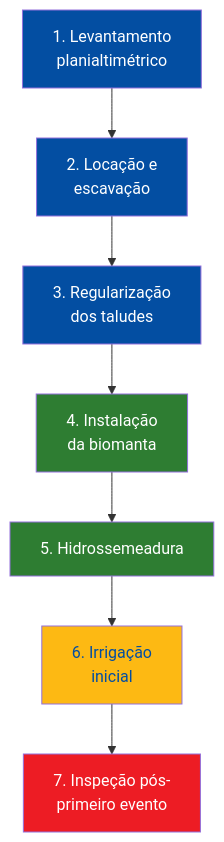
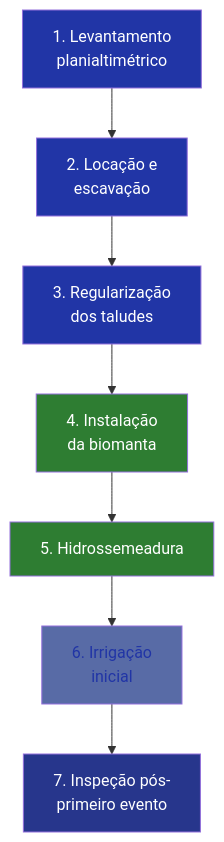
The third of 5 diagrams in aulas/bioengenharia_de_solos/aulas/canaleta_verde/canaleta_verde.qmd (ldvsantos/cv), drawn with Mermaid before and after one commit. The commit also changed other lines of this file and 466 other files, not shown here.

````diff
--- a/aulas/bioengenharia_de_solos/aulas/canaleta_verde/canaleta_verde.qmd
+++ b/aulas/bioengenharia_de_solos/aulas/canaleta_verde/canaleta_verde.qmd
@@ -674,18 +672,18 @@
 ```{mermaid}
 %%| fig-width: 5.5
 flowchart TD
     A["1. Levantamento<br>planialtimétrico"] --> B["2. Locação e<br>escavação"]
     B --> C["3. Regularização<br>dos taludes"]
     C --> D["4. Instalação<br>da biomanta"]
     D --> E["5. Hidrossemeadura"]
     E --> F["6. Irrigação<br>inicial"]
     F --> G["7. Inspeção pós-<br>primeiro evento"]
 
-    style A fill:#034EA2,color:#fff
-    style B fill:#034EA2,color:#fff
-    style C fill:#034EA2,color:#fff
+    style A fill:#2135A6,color:#fff
+    style B fill:#2135A6,color:#fff
+    style C fill:#2135A6,color:#fff
     style D fill:#2E7D32,color:#fff
     style E fill:#2E7D32,color:#fff
-    style F fill:#FDB913,color:#034EA2
-    style G fill:#ED1C24,color:#fff
+    style F fill:#586BA6,color:#2135A6
+    style G fill:#27368C,color:#fff
 ```
````
